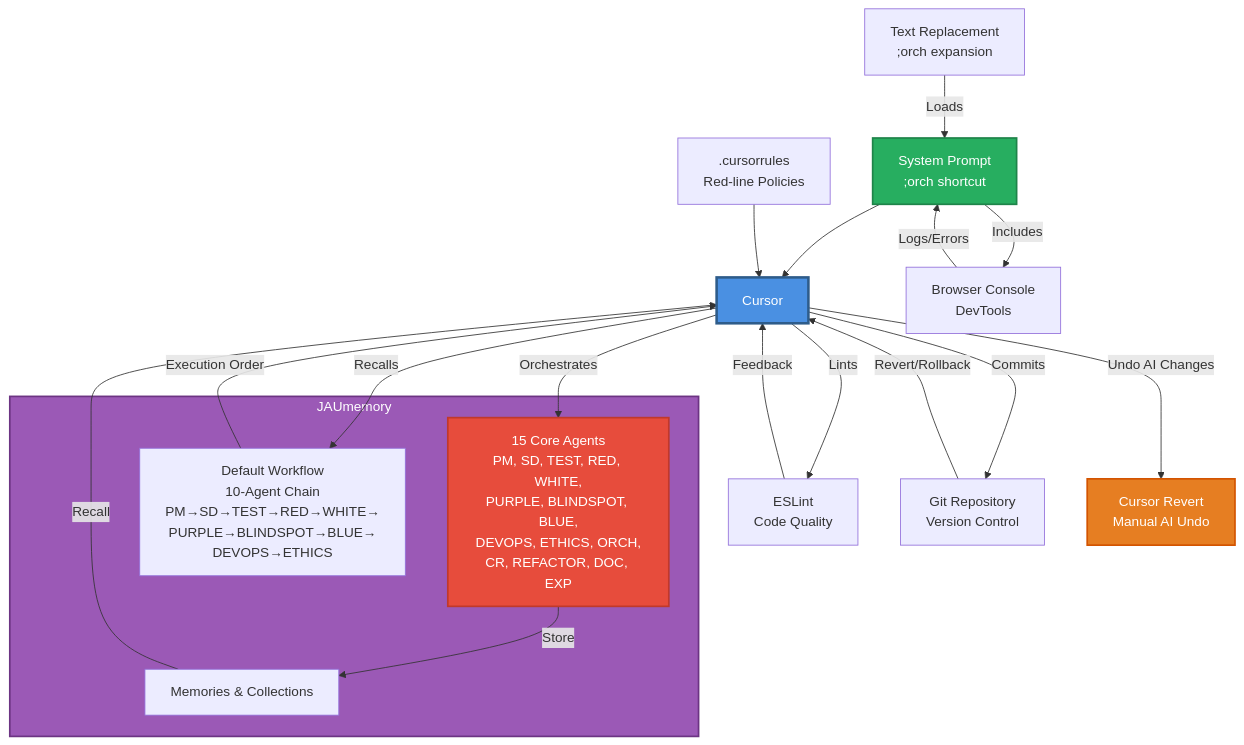
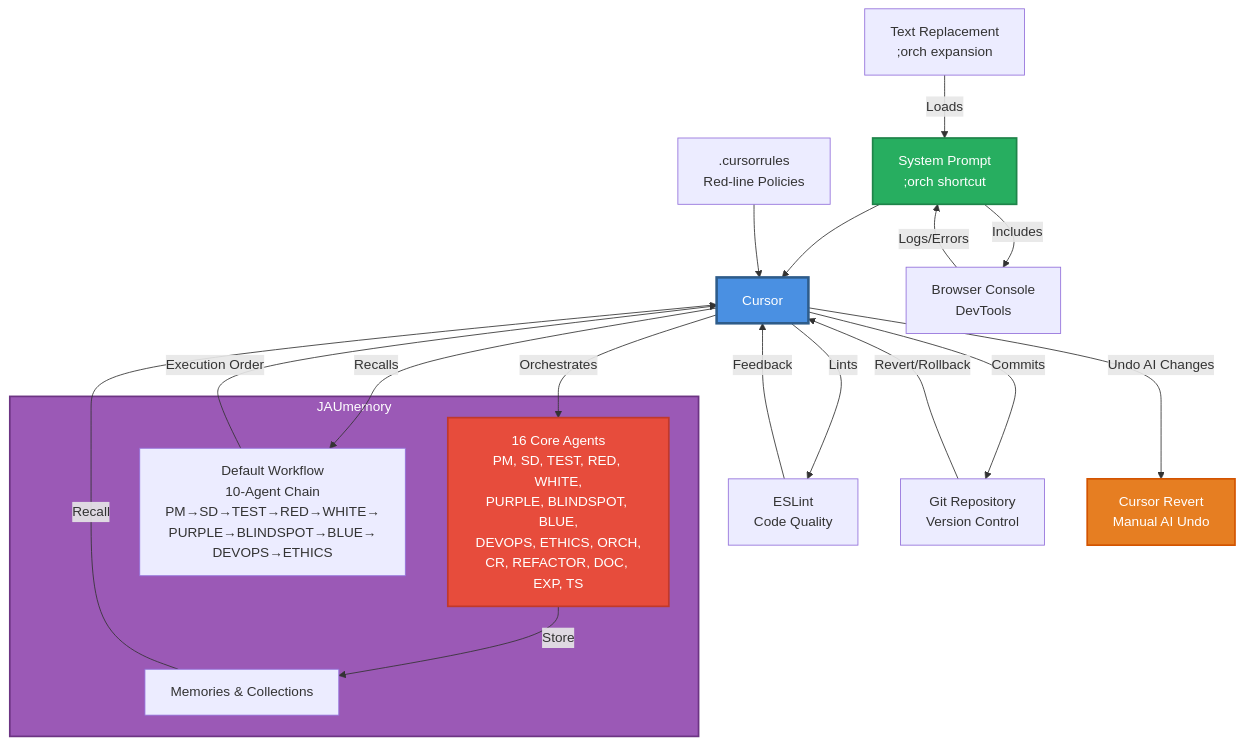
One commit to shiftshapr/context-coding changed the diagram in SYSTEM_DIAGRAM_PROMPT.md. Above: the diagram before and after it, drawn with Mermaid. The commit also changed other lines of this file and 1 other file, not shown here.

Commit message:
docs: add TypeScript (TS) agent, total 16 core agents

````diff
--- a/SYSTEM_DIAGRAM_PROMPT.md
+++ b/SYSTEM_DIAGRAM_PROMPT.md
@@ -3,36 +3,36 @@
 ```mermaid
 graph TB
     SP[System Prompt<br/>;orch shortcut] --> Cursor
     CR[.cursorrules<br/>Red-line Policies] --> Cursor
     
     subgraph JM[JAUmemory]
-        Agents[15 Core Agents<br/>PM, SD, TEST, RED, WHITE,<br/>PURPLE, BLINDSPOT, BLUE,<br/>DEVOPS, ETHICS, ORCH,<br/>CR, REFACTOR, DOC, EXP]
+        Agents[16 Core Agents<br/>PM, SD, TEST, RED, WHITE,<br/>PURPLE, BLINDSPOT, BLUE,<br/>DEVOPS, ETHICS, ORCH,<br/>CR, REFACTOR, DOC, EXP, TS]
         Memories[Memories & Collections]
         WF[Default Workflow<br/>10-Agent Chain<br/>PM→SD→TEST→RED→WHITE→<br/>PURPLE→BLINDSPOT→BLUE→<br/>DEVOPS→ETHICS]
     end
     
     Cursor -->|Orchestrates| Agents
     Cursor -->|Recalls| WF
     Agents -->|Store| Memories
     Memories -->|Recall| Cursor
     WF -->|Execution Order| Cursor
     
     BC[Browser Console<br/>DevTools] -->|Logs/Errors| SP
     SP -->|Includes| BC
     
     Cursor -->|Lints| ESLint[ESLint<br/>Code Quality]
     ESLint -->|Feedback| Cursor
     
     Cursor -->|Commits| Git[Git Repository<br/>Version Control]
     Git -->|Revert/Rollback| Cursor
     
     Cursor -->|Undo AI Changes| Revert[Cursor Revert<br/>Manual AI Undo]
     
     TR[Text Replacement<br/>;orch expansion] -->|Loads| SP
     
     style Cursor fill:#4A90E2,stroke:#2E5C8A,stroke-width:3px,color:#fff
     style JM fill:#9B59B6,stroke:#6C3483,stroke-width:2px,color:#fff
     style Agents fill:#E74C3C,stroke:#C0392B,stroke-width:2px,color:#fff
     style SP fill:#27AE60,stroke:#1E8449,stroke-width:2px,color:#fff
     style Revert fill:#E67E22,stroke:#D35400,stroke-width:2px,color:#fff
 ```
````
